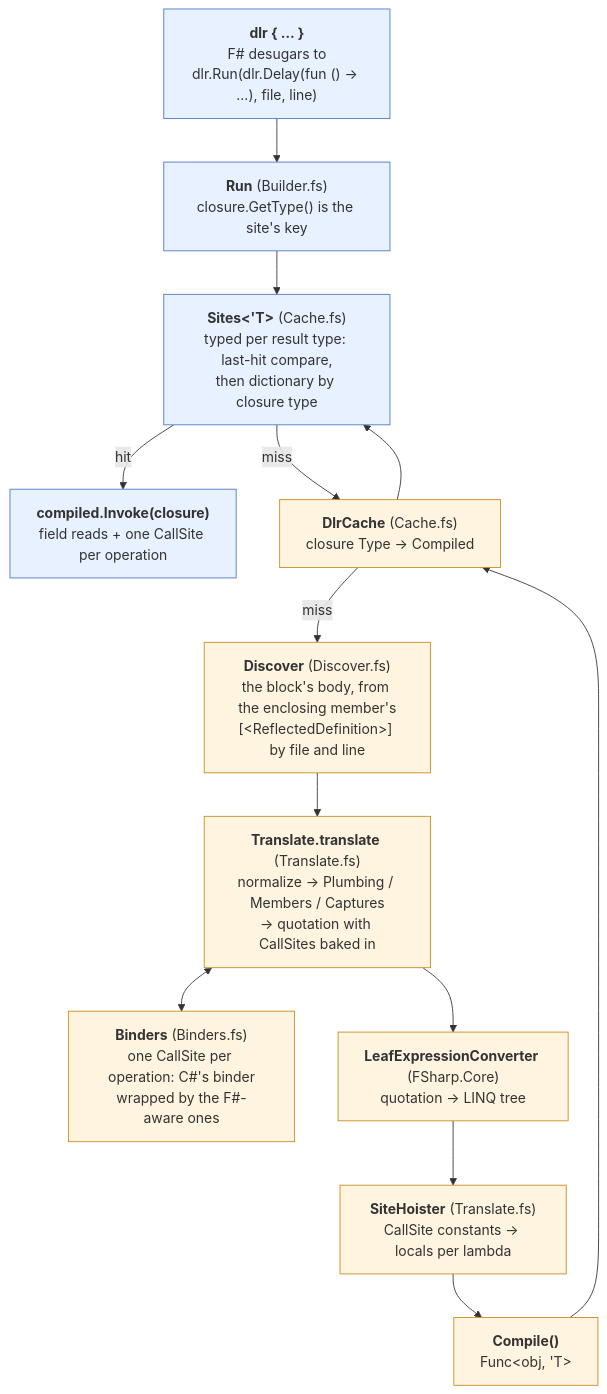
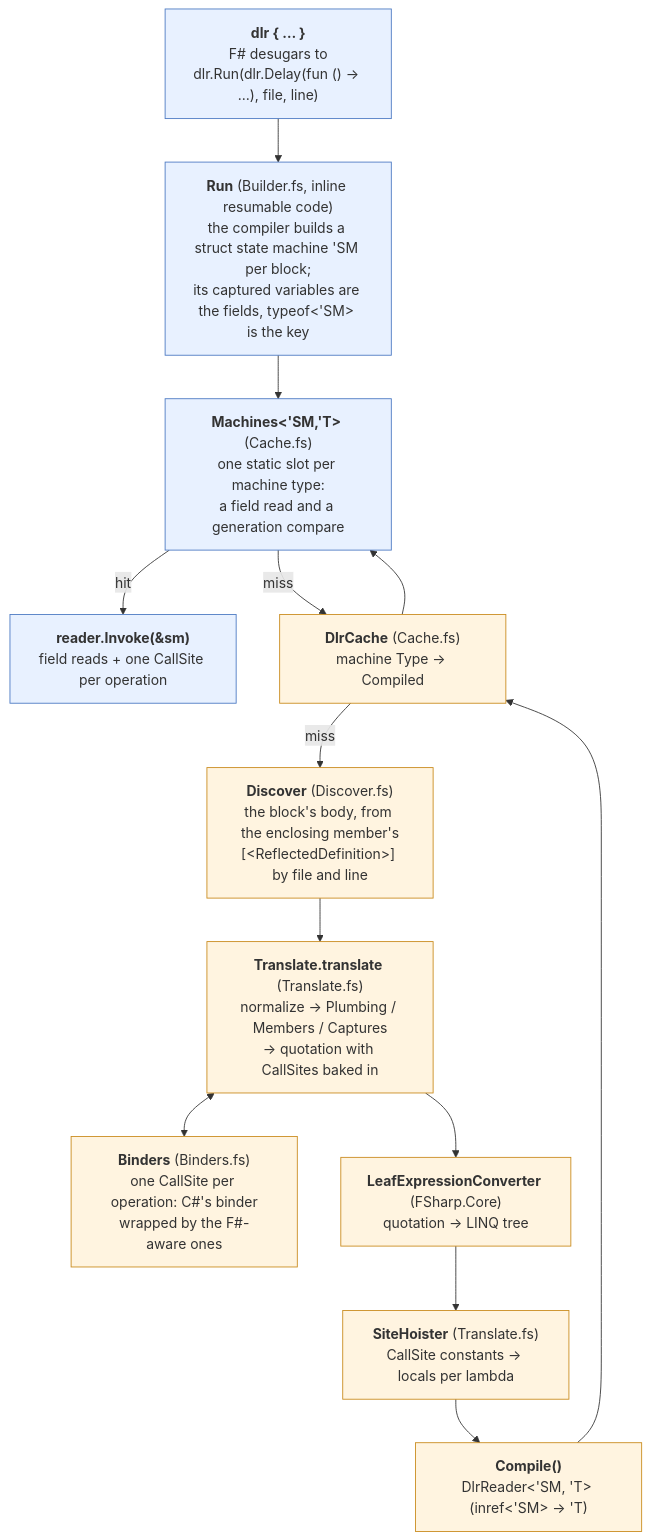
The first of 3 diagrams in docs/pipeline.md (ekonbenefits/FSharp.Interop.Dlr), drawn with Mermaid before and after one commit. The commit also changed other lines of this file and 16 other files, not shown here.

First line of the commit message:
Resumable state machine as the block's container (#70)

````diff
--- a/docs/pipeline.md
+++ b/docs/pipeline.md
@@ -8,27 +8,27 @@
 ```mermaid
 flowchart TD
     src["<b>dlr { … }</b><br/>F# desugars to<br/>dlr.Run(dlr.Delay(fun () -> …), file, line)"]
-    run["<b>Run</b> (Builder.fs)<br/>closure.GetType() is the site's key"]
-    sites["<b>Sites&lt;'T&gt;</b> (Cache.fs)<br/>typed per result type: last-hit compare,<br/>then dictionary by closure type"]
-    invoke["<b>compiled.Invoke(closure)</b><br/>field reads + one CallSite per operation"]
-    cache["<b>DlrCache</b> (Cache.fs)<br/>closure Type → Compiled"]
+    run["<b>Run</b> (Builder.fs, inline resumable code)<br/>the compiler builds a struct state machine 'SM per block;<br/>its captured variables are the fields, typeof&lt;'SM&gt; is the key"]
+    sites["<b>Machines&lt;'SM,'T&gt;</b> (Cache.fs)<br/>one static slot per machine type:<br/>a field read and a generation compare"]
+    invoke["<b>reader.Invoke(&amp;sm)</b><br/>field reads + one CallSite per operation"]
+    cache["<b>DlrCache</b> (Cache.fs)<br/>machine Type → Compiled"]
     discover["<b>Discover</b> (Discover.fs)<br/>the block's body, from the enclosing member's<br/>[&lt;ReflectedDefinition&gt;] by file and line"]
     translate["<b>Translate.translate</b> (Translate.fs)<br/>normalize → Plumbing / Members / Captures<br/>→ quotation with CallSites baked in"]
     binders["<b>Binders</b> (Binders.fs)<br/>one CallSite per operation: C#'s binder<br/>wrapped by the F#-aware ones"]
     conv["<b>LeafExpressionConverter</b> (FSharp.Core)<br/>quotation → LINQ tree"]
     hoist["<b>SiteHoister</b> (Translate.fs)<br/>CallSite constants → locals per lambda"]
-    compile["<b>Compile()</b><br/>Func&lt;obj, 'T&gt;"]
+    compile["<b>Compile()</b><br/>DlrReader&lt;'SM, 'T&gt; (inref&lt;'SM&gt; -> 'T)"]
 
     src --> run --> sites
     sites -- hit --> invoke
     sites -- miss --> cache
     cache -- miss --> discover --> translate
     translate <--> binders
     translate --> conv --> hoist --> compile --> cache
     cache --> sites
 
     classDef entry fill:#e8f1ff,stroke:#4a78c2
     classDef compileOnce fill:#fff4e0,stroke:#c98a1b
     class src,run,sites,invoke entry
     class cache,discover,translate,binders,conv,hoist,compile compileOnce
 ```
````
